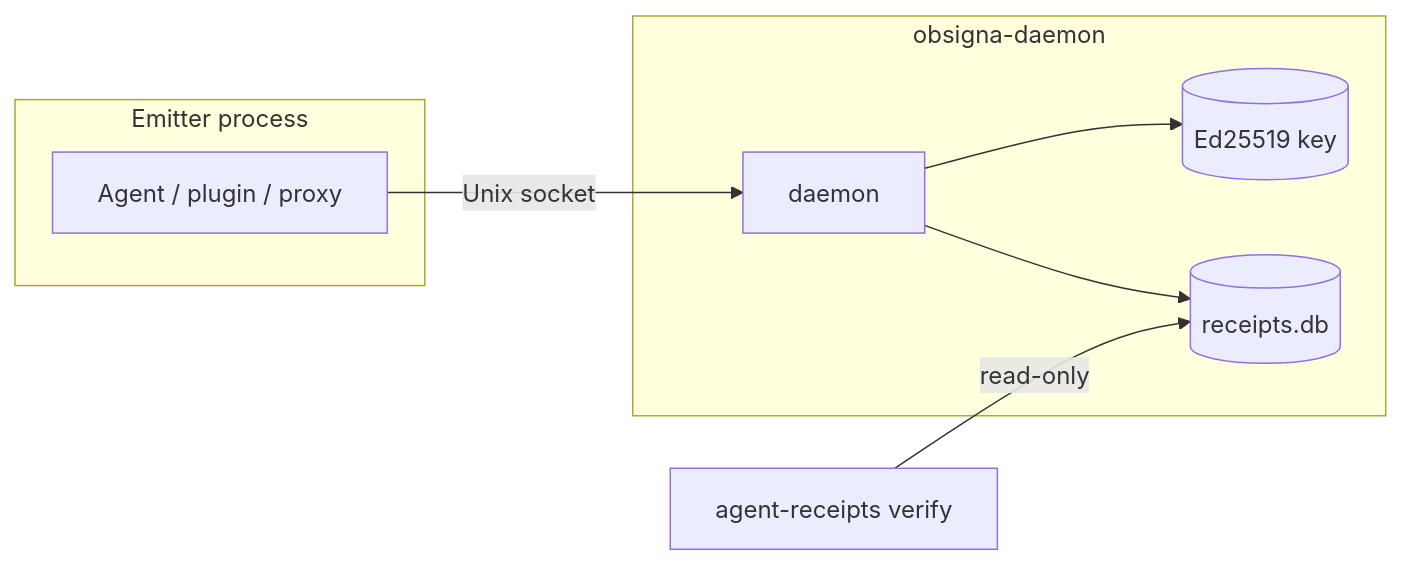
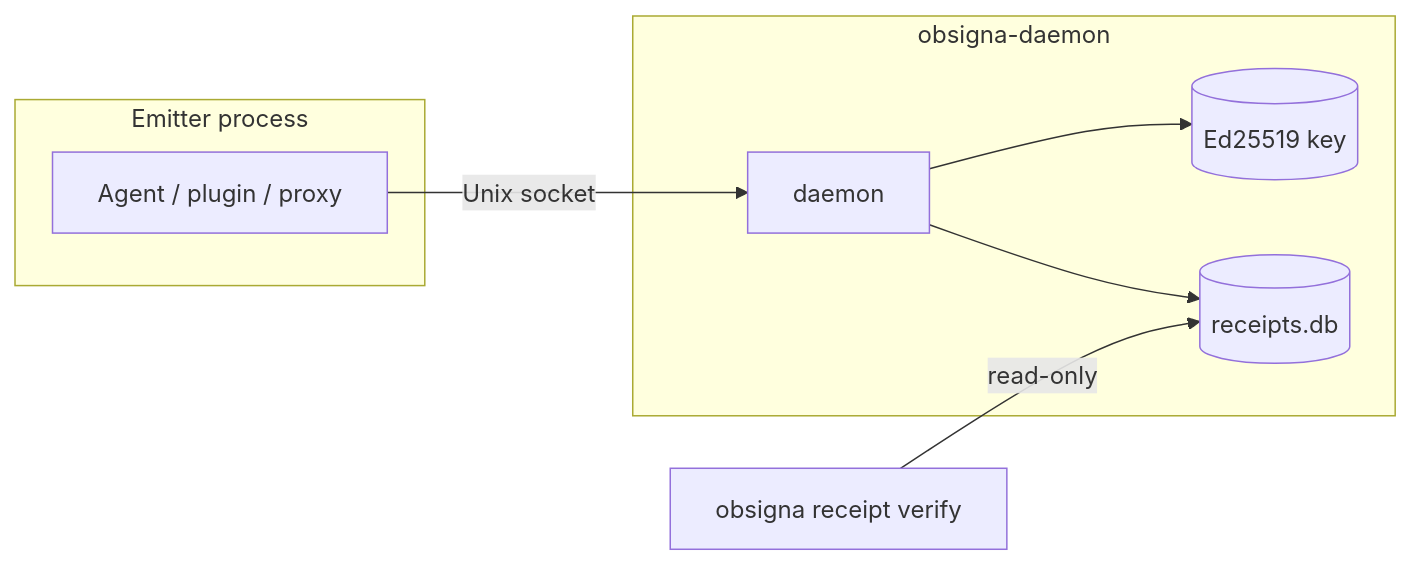
The diagram in site/src/content/docs/index.mdx (agent-receipts/ar), drawn with Mermaid before and after one commit. The commit also changed 22 other files, not shown here.

First line of the commit message:
docs: migrate read CLI to obsigna and fix stale default chain id (#823)

````diff
--- a/site/src/content/docs/index.mdx
+++ b/site/src/content/docs/index.mdx
@@ -124,13 +124,13 @@
 ```mermaid
 graph LR
   subgraph ap["Emitter process"]
     A["Agent / plugin / proxy"]
   end
   A -- "Unix socket" --> D
   subgraph dp["obsigna-daemon"]
     D[daemon]
     D --> K[(Ed25519 key)]
     D --> DB[(receipts.db)]
   end
-  V["agent-receipts verify"] -- "read-only" --> DB
+  V["obsigna receipt verify"] -- "read-only" --> DB
 ```
````
